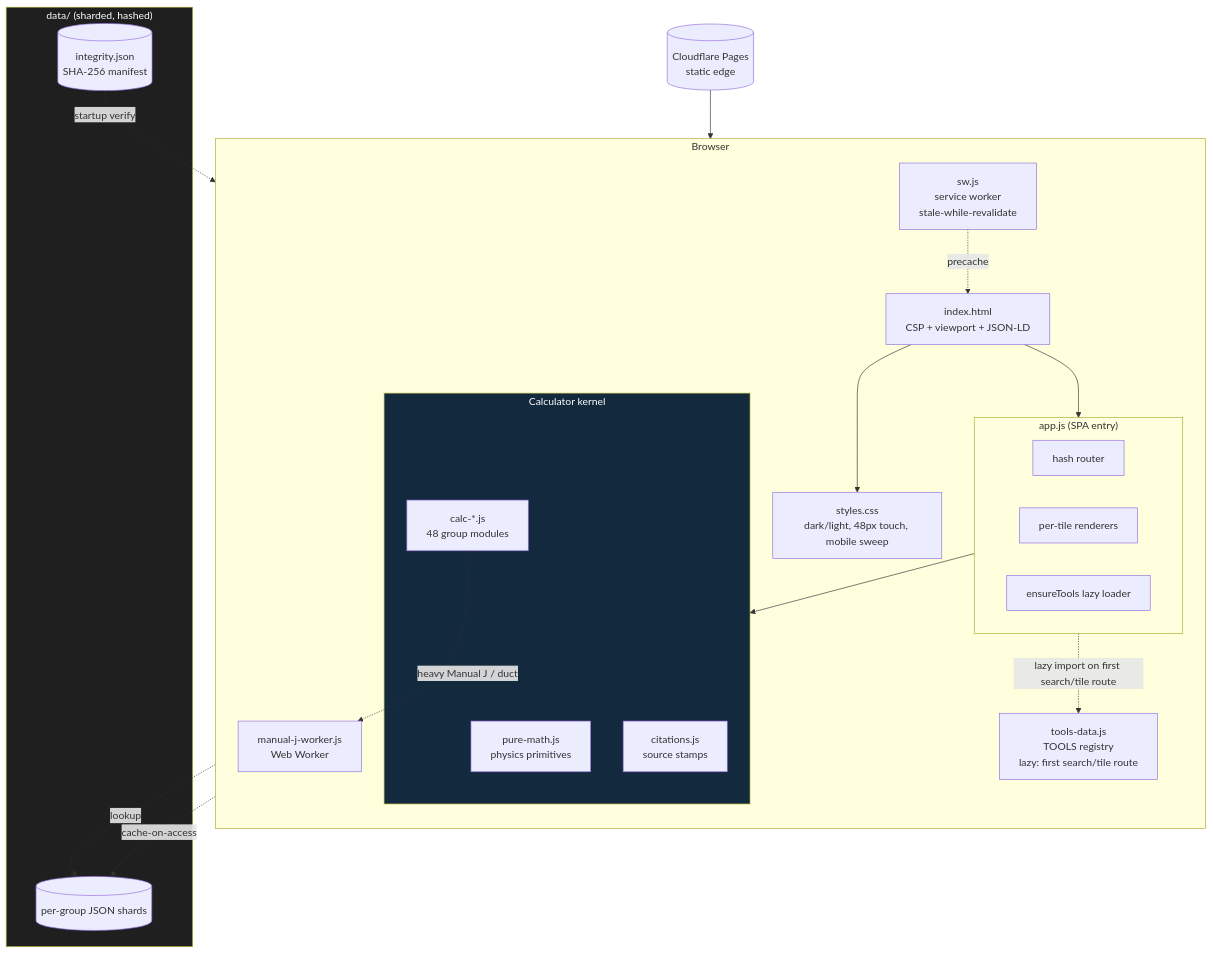
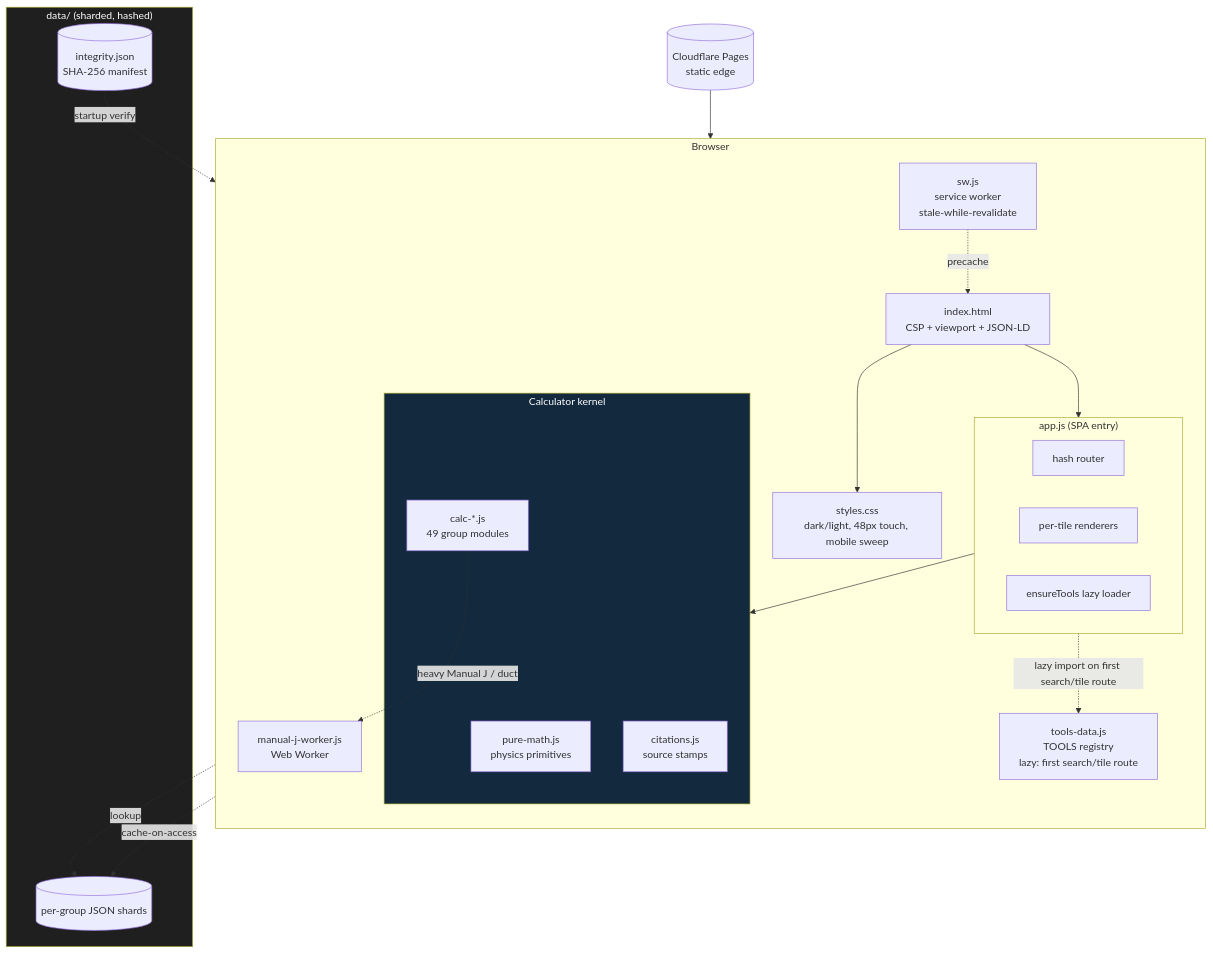
One commit to clay-good/roughlogic.com changed the second of 8 diagrams in README.md. Above: the diagram before and after it, drawn with Mermaid. The commit also changed other lines of this file and 25 other files, not shown here.

````diff
--- a/README.md
+++ b/README.md
@@ -77,39 +77,39 @@
 ```mermaid
 flowchart TB
     subgraph Browser
         direction TB
         HTML[index.html\nCSP + viewport + JSON-LD]
         CSS[styles.css\ndark/light, 48px touch, mobile sweep]
         subgraph App["app.js (SPA entry)"]
             ROUTE[hash router]
             RENDER[per-tile renderers]
             ENSURE[ensureTools lazy loader]
         end
         TOOLS[tools-data.js\nTOOLS registry\nlazy: first search/tile route]
         subgraph Calc["Calculator kernel"]
             PM[pure-math.js\nphysics primitives]
-            CALC[calc-*.js\n48 group modules]
+            CALC[calc-*.js\n49 group modules]
             CIT[citations.js\nsource stamps]
         end
         SW[sw.js\nservice worker\nstale-while-revalidate]
         WORKER[manual-j-worker.js\nWeb Worker]
     end
     subgraph Data["data/ (sharded, hashed)"]
         SHARDS[(per-group JSON shards)]
         INTEG[(integrity.json\nSHA-256 manifest)]
     end
     CDN[(Cloudflare Pages\nstatic edge)]
 
     CDN --> HTML
     HTML --> CSS
     HTML --> App
     App -.lazy import on first search/tile route.-> TOOLS
     App --> Calc
     CALC -.->|heavy Manual J / duct| WORKER
     CALC -.->|lookup| SHARDS
     SW -.precache.-> HTML
     SW -.cache-on-access.-> SHARDS
     INTEG -.startup verify.-> App
     style Calc fill:#13293d,color:#fff
     style Data fill:#1f1f1f,color:#fff
 ```
````
